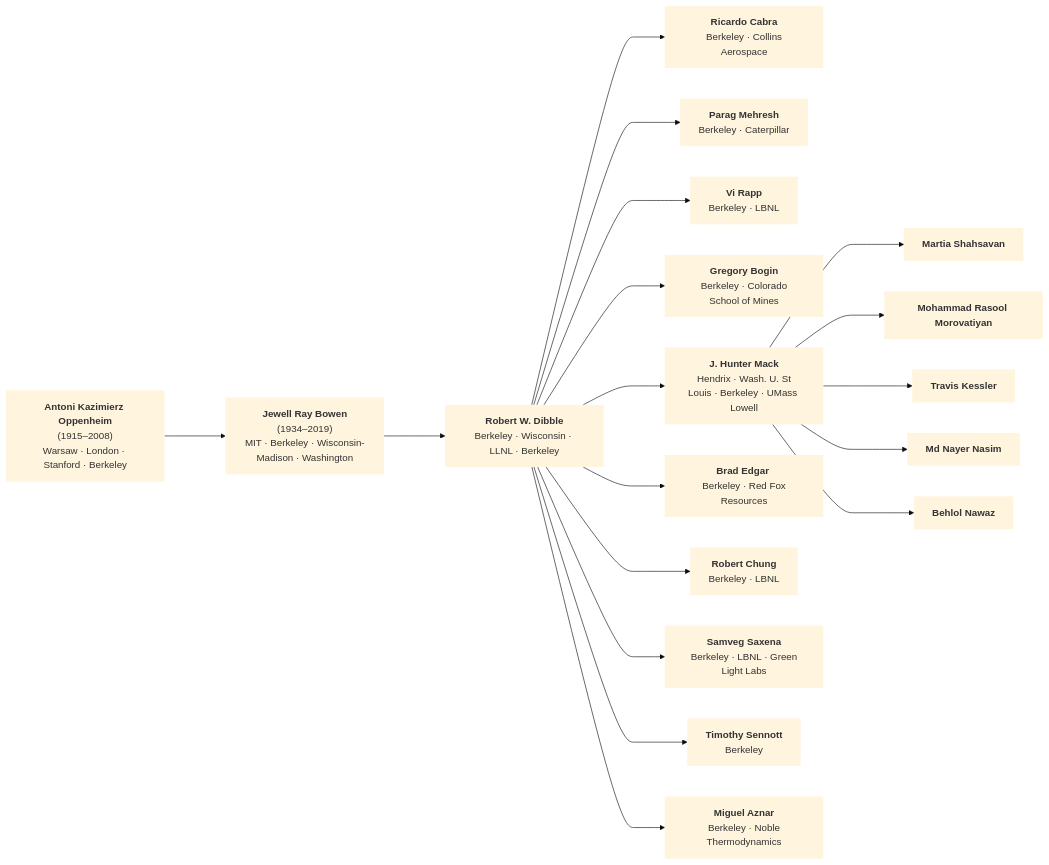
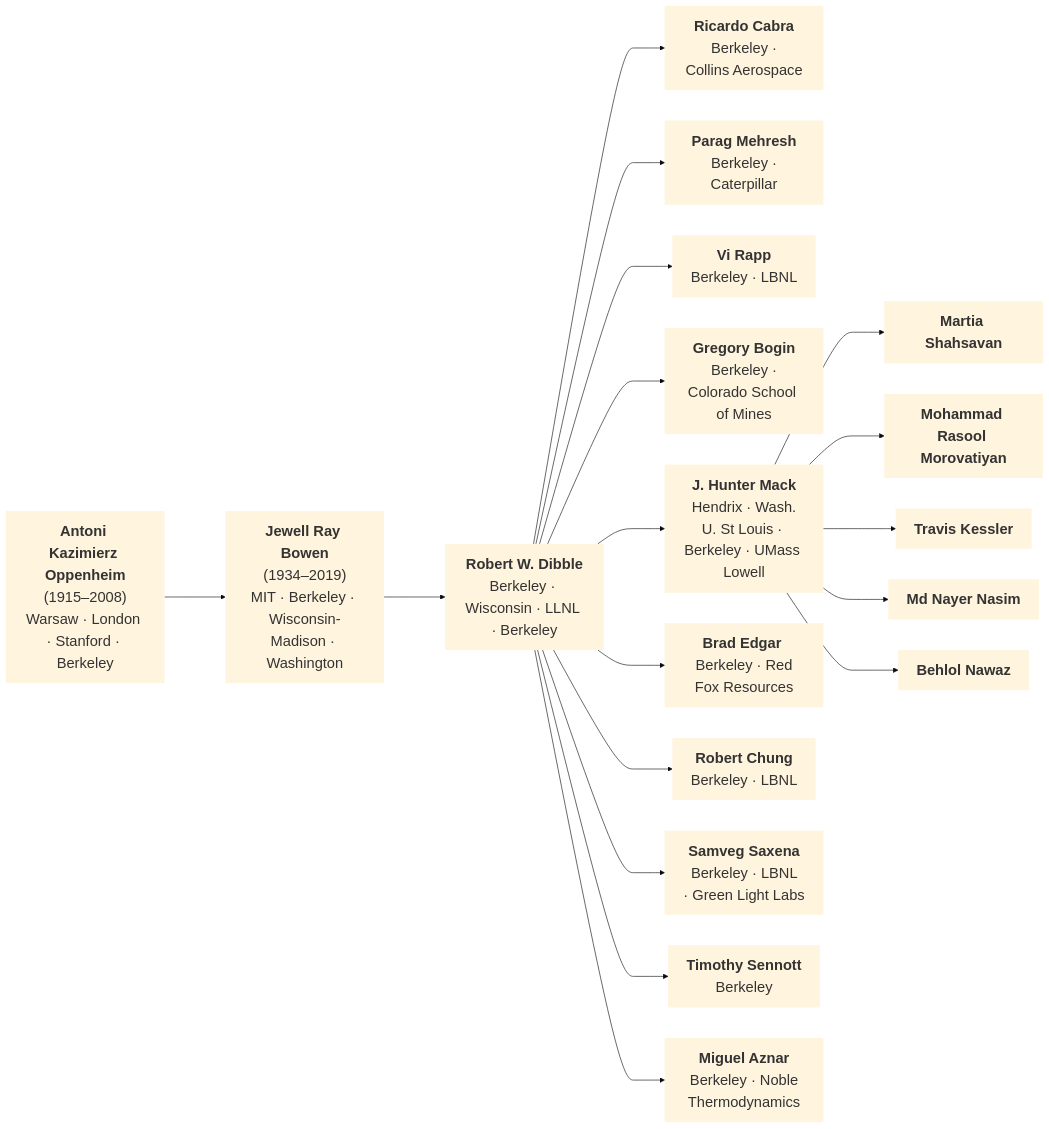
The diagram in acad_tree.md (bnawaz95/ECRL-acad-tree), drawn with Mermaid (base theme) before and after one commit.

````diff
--- a/acad_tree.md
+++ b/acad_tree.md
@@ -1,48 +1,48 @@
 ```mermaid
 graph LR
     A["<b>Antoni Kazimierz Oppenheim</b><br/>(1915–2008)<br/>Warsaw · London · Stanford · Berkeley"]
 
     B["<b>Jewell Ray Bowen</b><br/>(1934–2019)<br/>MIT · Berkeley · Wisconsin-Madison · Washington"]
 
     C["<b>Robert W. Dibble</b><br/>Berkeley · Wisconsin · LLNL · Berkeley"]
 
     D1["<b>Ricardo Cabra</b><br/> Berkeley · Collins Aerospace"]
     D2["<b>Parag Mehresh</b><br/> Berkeley · Caterpillar"]
     D3["<b>Vi Rapp</b><br/> Berkeley · LBNL"]
     D4["<b>Gregory Bogin</b><br/> Berkeley · Colorado School of Mines"]
     D0["<b>J. Hunter Mack</b><br/> Hendrix · Wash. U. St Louis · Berkeley · UMass Lowell"]
     D5["<b>Brad Edgar </b><br/> Berkeley · Red Fox Resources"]
     D6["<b>Robert Chung</b><br/> Berkeley · LBNL"]
     D7["<b>Samveg Saxena</b><br/> Berkeley · LBNL · Green Light Labs"]
     D8["<b>Timothy Sennott</b><br/> Berkeley"]
     D9["<b>Miguel Aznar</b><br/> Berkeley · Noble Thermodynamics"]
 
     E["<b>Martia Shahsavan</b>"]
     F["<b>Mohammad Rasool Morovatiyan</b>"]
     G["<b>Travis Kessler</b>"]
     H["<b>Md Nayer Nasim</b>"]
     I["<b>Behlol Nawaz</b>"]
 
     A ---> B
     B ---> C
 
     C ---> D0
     C ---> D1
     C ---> D2
     C ---> D3
     C ---> D4
     C ---> D5
     C ---> D6
     C ---> D7
     C ---> D8
     C ---> D9
 
     D0 ---> E
     D0 ---> F
     D0 ---> G
     D0 ---> H
     D0 ---> I
 
-classDef noBorder stroke:none,stroke-width:0px,fill:#None;
+classDef noBorder stroke:none,stroke-width:0px,fill:#None,font-size:24px;
 class A,B,C,D0,D1,D2,D3,D4,D5,D6,D6,D7,D8,D9,E,F,G,H,I, noBorder
 ```
````
